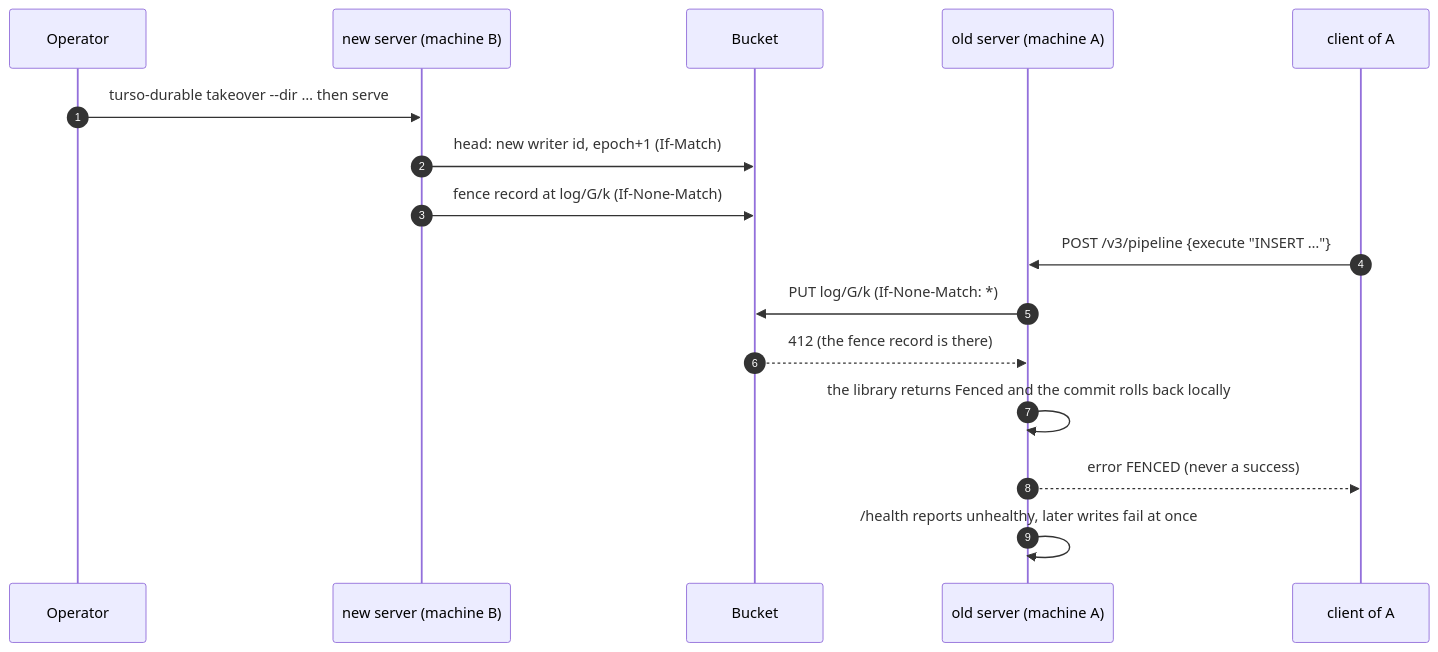
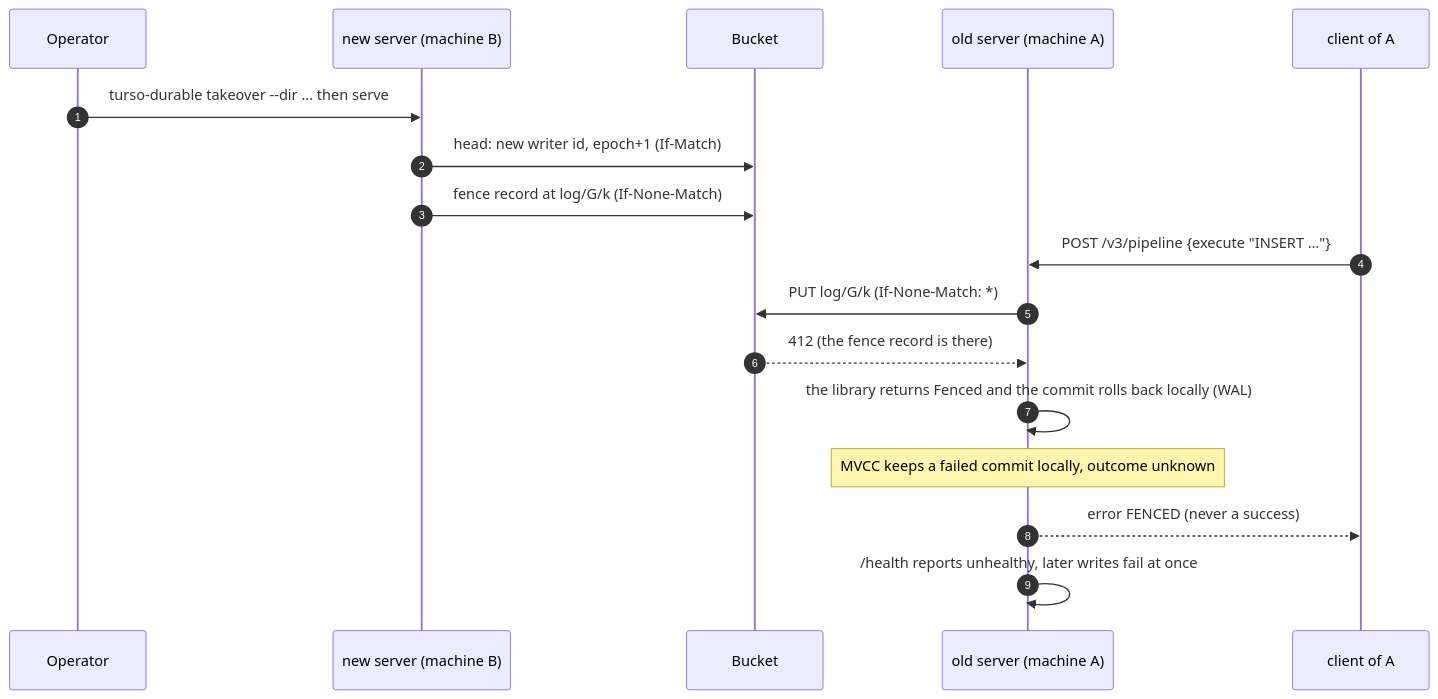
The third of 3 diagrams in README.md (kahgeh/buckwal), drawn with Mermaid before and after one commit. The commit also changed other lines of this file and 7 other files, not shown here.

````diff
--- a/README.md
+++ b/README.md
@@ -607,18 +607,19 @@
 ```mermaid
 sequenceDiagram
   autonumber
   participant Op as Operator
   participant New as new server (machine B)
   participant B as Bucket
   participant Old as old server (machine A)
   participant C as client of A
   Op->>New: turso-durable takeover --dir … then serve
   New->>B: head: new writer id, epoch+1 (If-Match)
   New->>B: fence record at log/G/k (If-None-Match)
   C->>Old: POST /v3/pipeline {execute "INSERT …"}
   Old->>B: PUT log/G/k (If-None-Match: *)
   B-->>Old: 412 (the fence record is there)
-  Old->>Old: the library returns Fenced and the commit rolls back locally
+  Old->>Old: the library returns Fenced and the commit rolls back locally (WAL)
+  Note over Old: MVCC keeps a failed commit locally, outcome unknown
   Old-->>C: error FENCED (never a success)
   Old->>Old: /health reports unhealthy, later writes fail at once
 ```
````
